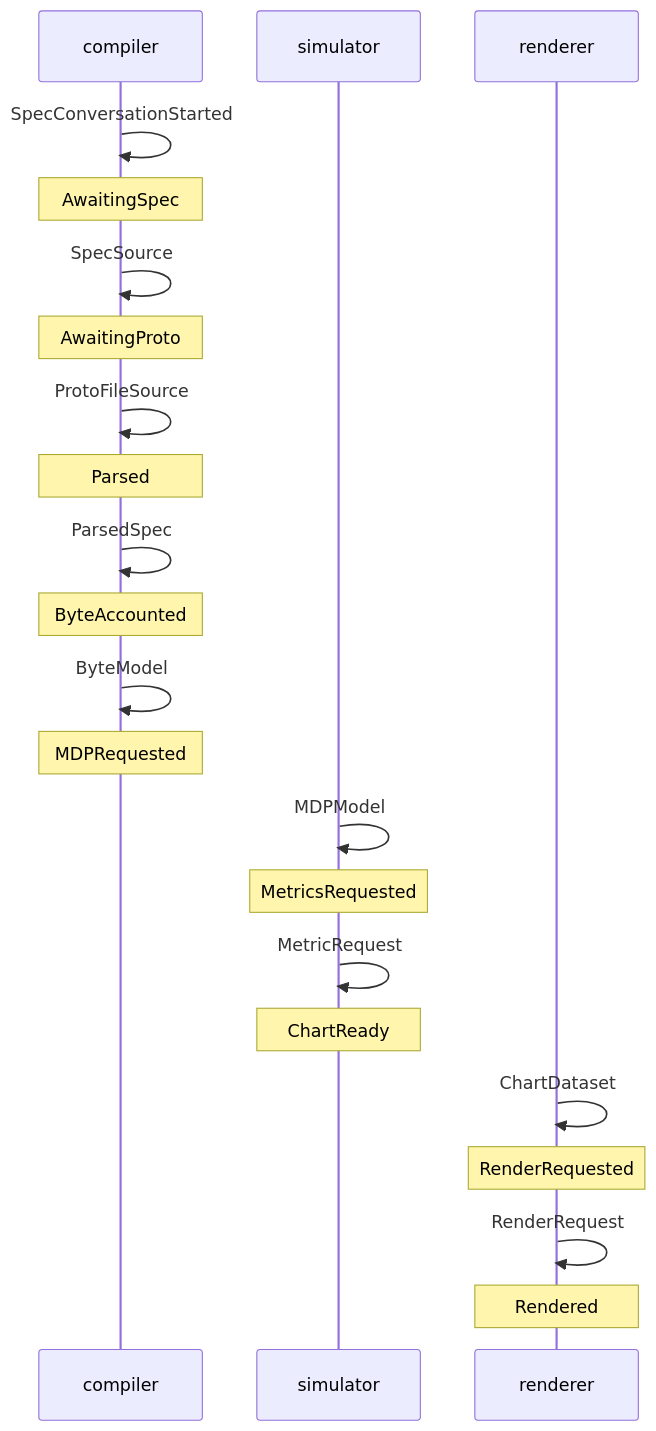
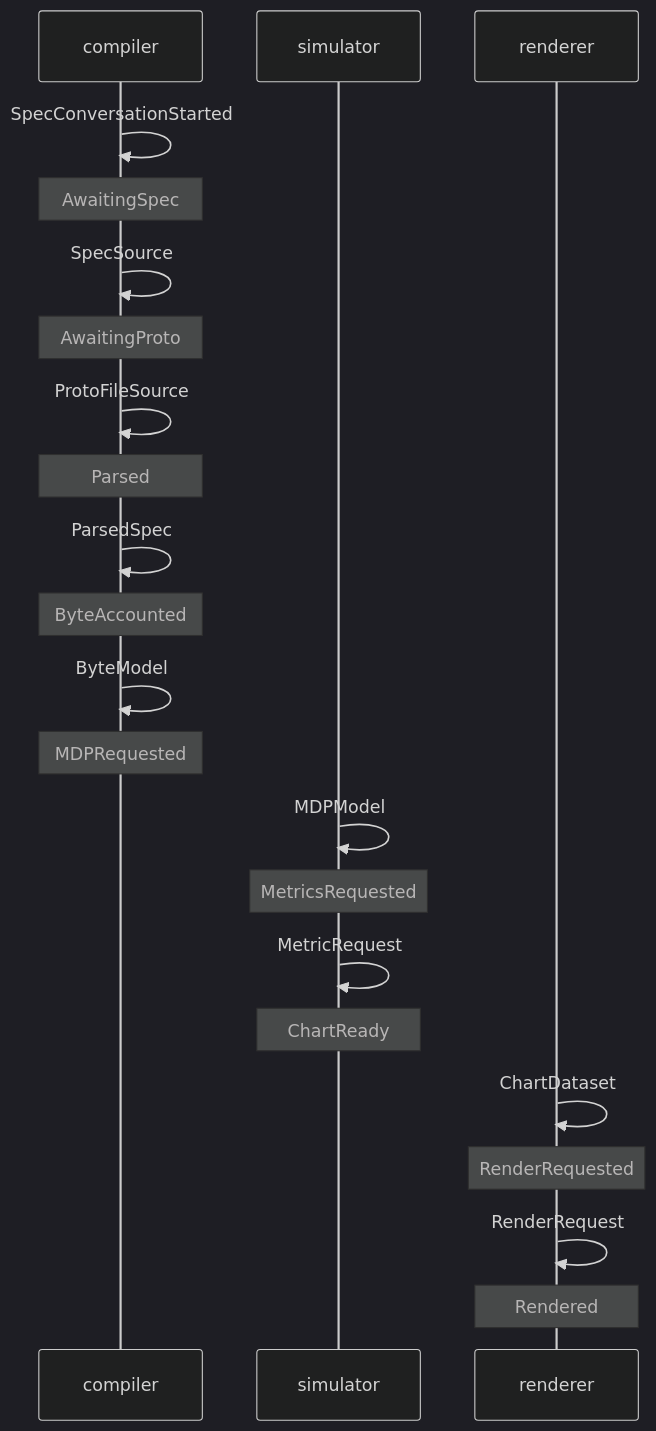
Before and after one commit to rfielding/spec: the second of 2 diagrams in README.md, drawn with Mermaid. The commit also changed other lines of this file, not shown here.

Commit message:
allow for multiple instances of actors, where the definitions are actually roles

````diff
--- a/README.md
+++ b/README.md
@@ -71,21 +72,22 @@
 ```mermaid
+%%{init: {"theme": "dark"}}%%
 sequenceDiagram
   compiler->>compiler: SpecConversationStarted
   Note over compiler: AwaitingSpec
   compiler->>compiler: SpecSource
   Note over compiler: AwaitingProto
   compiler->>compiler: ProtoFileSource
   Note over compiler: Parsed
   compiler->>compiler: ParsedSpec
   Note over compiler: ByteAccounted
   compiler->>compiler: ByteModel
   Note over compiler: MDPRequested
   simulator->>simulator: MDPModel
   Note over simulator: MetricsRequested
   simulator->>simulator: MetricRequest
   Note over simulator: ChartReady
   renderer->>renderer: ChartDataset
   Note over renderer: RenderRequested
   renderer->>renderer: RenderRequest
   Note over renderer: Rendered
 ```
````
